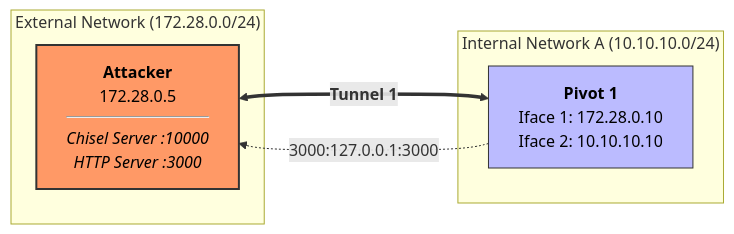
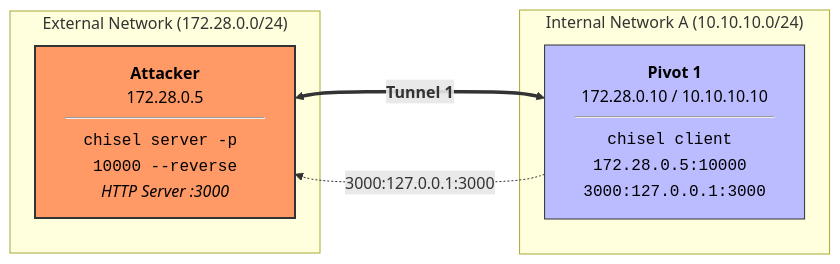
The fourth of 6 diagrams in README.md (remiotore/pivoting-with-chisel-lab), drawn with Mermaid before and after one commit. The commit also changed other lines of this file, not shown here.

Commit message:
Included commands in mermaid graph

````diff
--- a/README.md
+++ b/README.md
@@ -235,17 +235,17 @@
 ```mermaid
 %%{init: {'themeVariables': { 'primaryTextColor': '#000', 'secondaryTextColor': '#000', 'tertiaryTextColor': '#000' }}}%%
 graph LR
     subgraph "External Network (172.28.0.0/24)"
-        A["<b>Attacker</b><br/>172.28.0.5<br/><hr/><i>Chisel Server :10000</i><br/><i>HTTP Server :3000</i>"]
+        A["<b>Attacker</b><br/>172.28.0.5<br/><hr/><code>chisel server -p 10000 --reverse</code><br/><i>HTTP Server :3000</i>"]
     end
 
     subgraph "Internal Network A (10.10.10.0/24)"
-        P1["<b>Pivot 1</b><br/>Iface 1: 172.28.0.10<br/>Iface 2: 10.10.10.10"]
+        P1["<b>Pivot 1</b><br/>172.28.0.10 / 10.10.10.10<br/><hr/><code>chisel client 172.28.0.5:10000 3000:127.0.0.1:3000</code>"]
     end
 
     A <== "<b>Tunnel 1</b>" ==> P1
     P1 -. "3000:127.0.0.1:3000" .-> A
 
     style A fill:#f96,stroke:#333,stroke-width:2px,color:#000
     style P1 fill:#bbf,stroke:#333,color:#000
 ```
````
